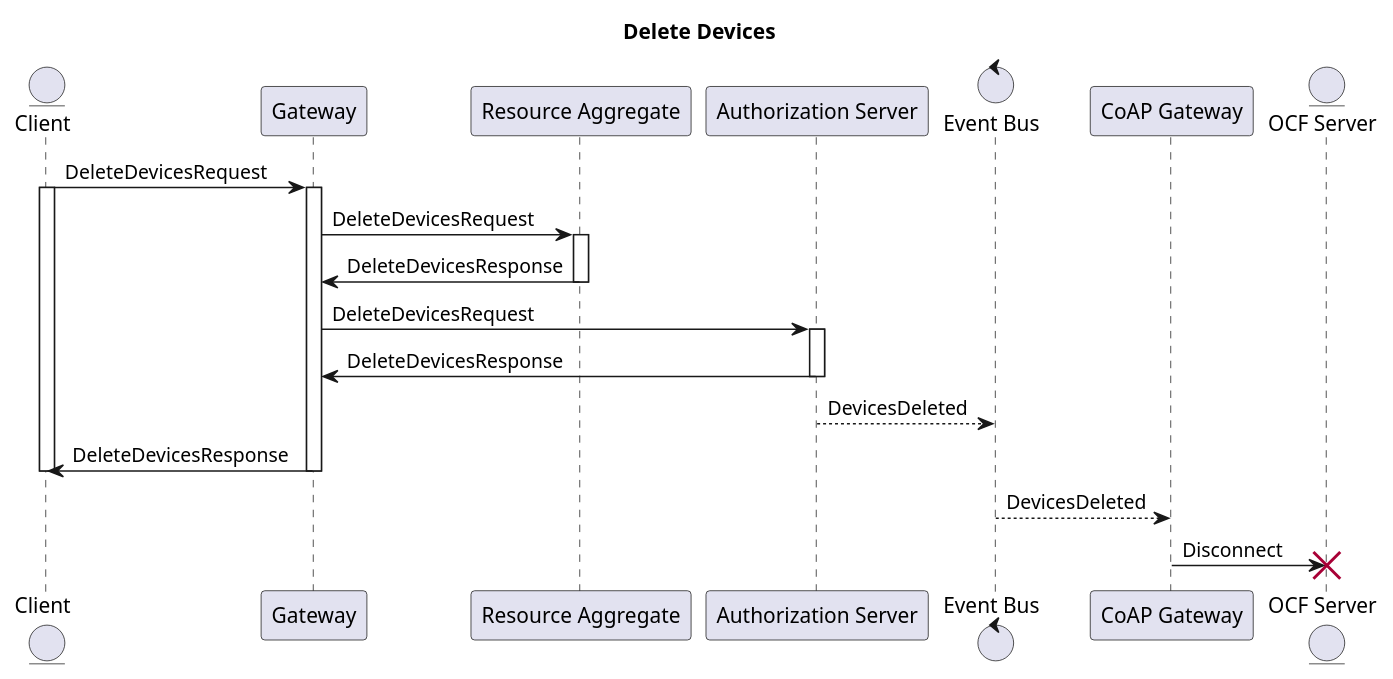
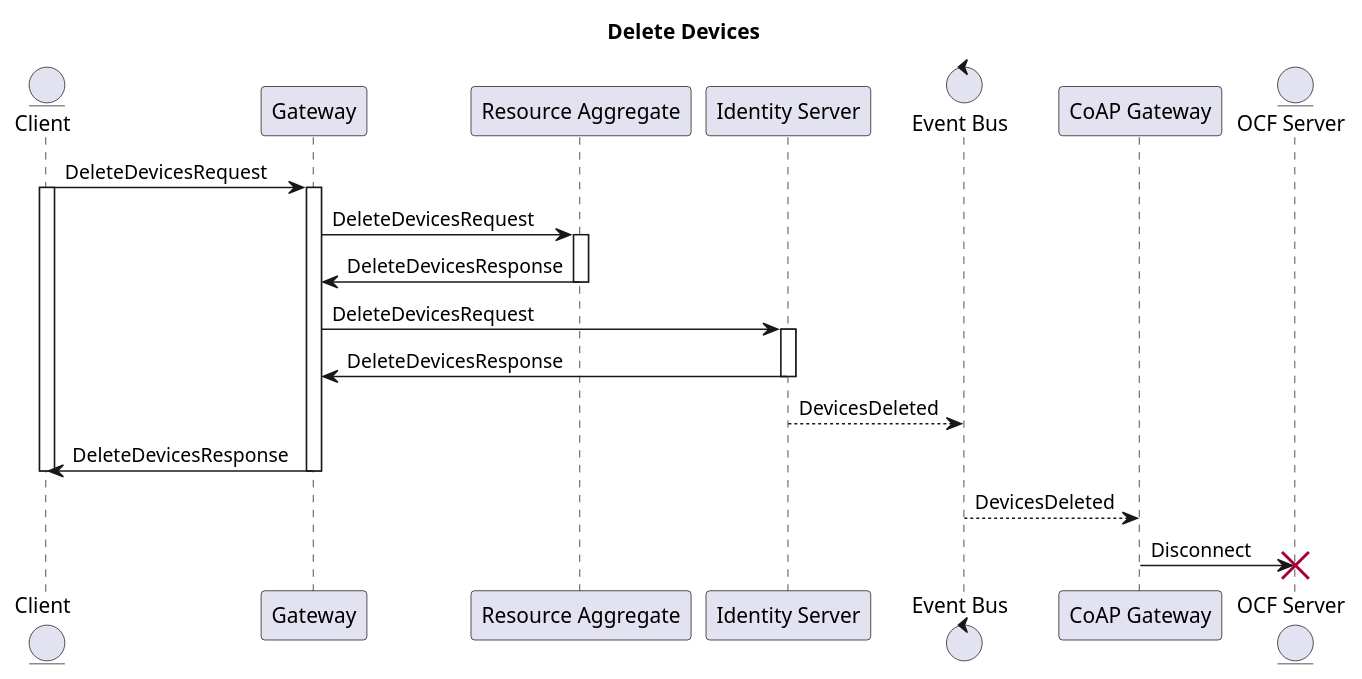
Diagram 11 of 11 in resource-aggregate/.plantuml (plgd-dev/hub), drawn with PlantUML before and after one commit. The commit also changed 17 other files, not shown here.

```diff
--- a/resource-aggregate/.plantuml
+++ b/resource-aggregate/.plantuml
@@ -301,30 +301,30 @@
 @startuml
 title "Delete Devices"
 
 entity "Client" as Client
 participant "Gateway" as Gateway
 participant "Resource Aggregate" as ResourceAggregate
-participant "Authorization Server" as AuthServer
+participant "Identity Server" as IdentityServer
 control "Event Bus" as Bus
 participant "CoAP Gateway" as CGateway
 entity "OCF Server" as Server
 
 Client -> Gateway: DeleteDevicesRequest
 activate Client
 activate Gateway
 Gateway -> ResourceAggregate : DeleteDevicesRequest
 activate ResourceAggregate
 ResourceAggregate -> Gateway : DeleteDevicesResponse
 deactivate ResourceAggregate
-Gateway -> AuthServer : DeleteDevicesRequest
-activate AuthServer
-AuthServer -> Gateway : DeleteDevicesResponse
-deactivate AuthServer
-AuthServer --> Bus: DevicesDeleted
+Gateway -> IdentityServer : DeleteDevicesRequest
+activate IdentityServer
+IdentityServer -> Gateway : DeleteDevicesResponse
+deactivate IdentityServer
+IdentityServer --> Bus: DevicesDeleted
 Gateway -> Client: DeleteDevicesResponse
 deactivate Gateway
 deactivate Client
 Bus --> CGateway: DevicesDeleted
 CGateway -> Server : Disconnect
 destroy Server
 @enduml
```
